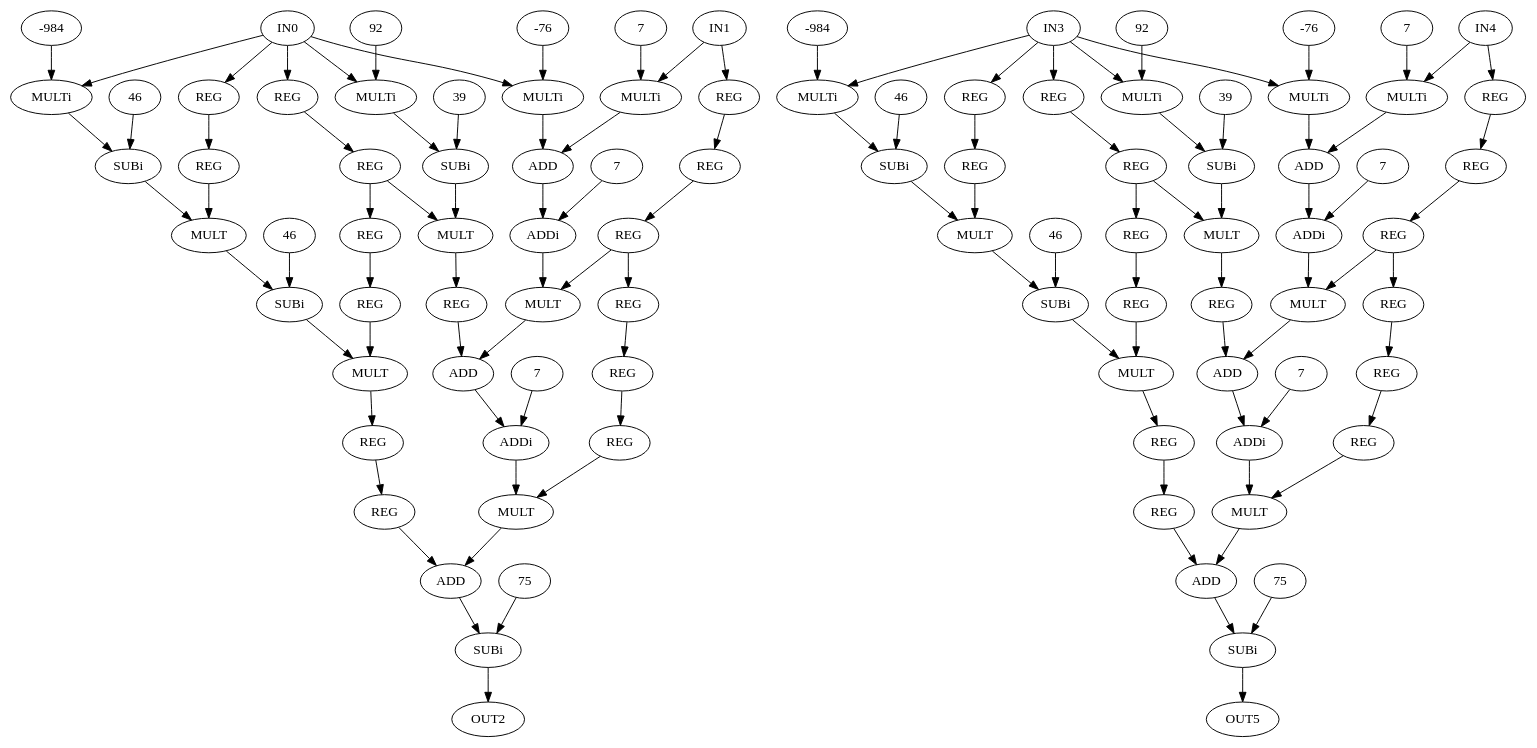
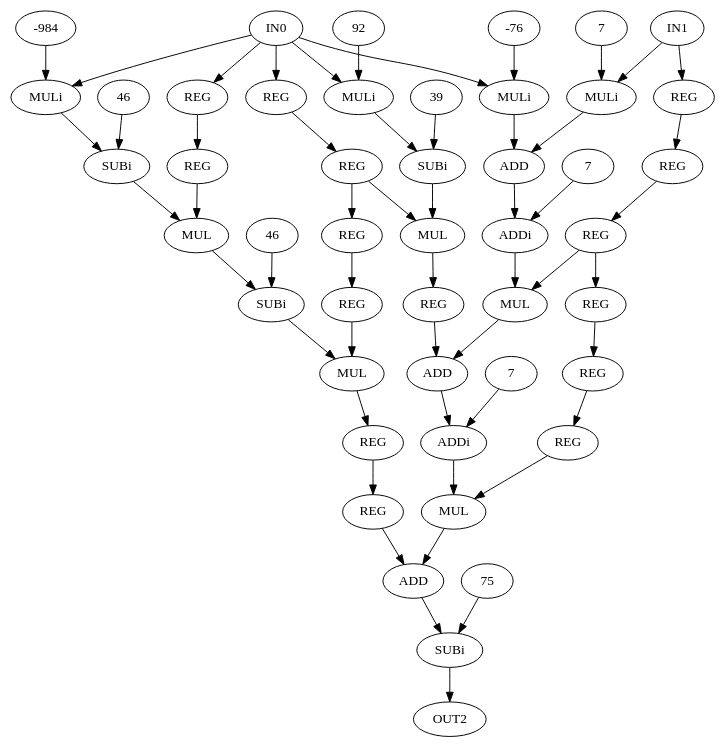
The diagram in fdam-samples/fdam-cgra-samples/cgra_128_radix8/sw/cpp/dot_dataflows/sgfilter.dot (lesc-ufv/fdam), drawn with Graphviz before and after one commit. The commit also changed 15 other files, not shown here.

```diff
--- a/fdam-samples/fdam-cgra-samples/cgra_128_radix8/sw/cpp/dot_dataflows/sgfilter.dot
+++ b/fdam-samples/fdam-cgra-samples/cgra_128_radix8/sw/cpp/dot_dataflows/sgfilter.dot
@@ -1,198 +1,100 @@
 digraph sgfilter{
  0 [ label = IN0 ]
  1 [ label = IN1 ]
  2 [ label = OUT2 ]
- 3 [ label = IN3 ]
- 4 [ label = IN4 ]
- 5 [ label = OUT5 ]
+ 3 [ label = REG]
+ 4 [ label = REG]
+ 5 [ label = REG]
  6 [ label = REG]
  7 [ label = REG]
  8 [ label = REG]
  9 [ label = REG]
  10 [ label = REG]
  11 [ label = REG]
  12 [ label = REG]
  13 [ label = REG]
  14 [ label = REG]
  15 [ label = REG]
  16 [ label = REG]
  17 [ label = REG]
- 18 [ label = REG]
- 19 [ label = REG]
- 20 [ label = REG]
- 21 [ label = MULTi, VALUE = 92]
- "21.92"[ label = 92 ]
- 22 [ label = MULTi, VALUE = -984]
- "22.-984"[ label = -984 ]
- 23 [ label = MULTi, VALUE = -76]
- "23.-76"[ label = -76 ]
- 24 [ label = MULTi, VALUE = 7]
- "24.7"[ label = 7 ]
- 25 [ label = SUBi, VALUE = 46]
- "25.46"[ label = 46 ]
- 26 [ label = SUBi, VALUE = 39]
- "26.39"[ label = 39 ]
- 27 [ label = ADD]
- 28 [ label = MULT]
- 29 [ label = MULT]
- 30 [ label = ADDi, VALUE = 7]
- "30.7"[ label = 7 ]
- 31 [ label = SUBi, VALUE = 46]
- "31.46"[ label = 46 ]
- 32 [ label = MULT]
- 33 [ label = MULT]
+ 18 [ label = MULi, VALUE = 92]
+ "18.92"[ label = 92 ]
+ 19 [ label = MULi, VALUE = -984]
+ "19.-984"[ label = -984 ]
+ 20 [ label = MULi, VALUE = -76]
+ "20.-76"[ label = -76 ]
+ 21 [ label = MULi, VALUE = 7]
+ "21.7"[ label = 7 ]
+ 22 [ label = SUBi, VALUE = 46]
+ "22.46"[ label = 46 ]
+ 23 [ label = SUBi, VALUE = 39]
+ "23.39"[ label = 39 ]
+ 24 [ label = ADD]
+ 25 [ label = MUL]
+ 26 [ label = MUL]
+ 27 [ label = ADDi, VALUE = 7]
+ "27.7"[ label = 7 ]
+ 28 [ label = SUBi, VALUE = 46]
+ "28.46"[ label = 46 ]
+ 29 [ label = MUL]
+ 30 [ label = MUL]
+ 31 [ label = ADD]
+ 32 [ label = ADDi, VALUE = 7]
+ "32.7"[ label = 7 ]
+ 33 [ label = MUL]
  34 [ label = ADD]
- 35 [ label = ADDi, VALUE = 7]
- "35.7"[ label = 7 ]
- 36 [ label = MULT]
- 37 [ label = ADD]
- 38 [ label = SUBi, VALUE = 75]
- "38.75"[ label = 75 ]
- 39 [ label = REG]
- 40 [ label = REG]
- 41 [ label = REG]
- 42 [ label = REG]
- 43 [ label = REG]
- 44 [ label = REG]
- 45 [ label = REG]
- 46 [ label = REG]
- 47 [ label = REG]
- 48 [ label = REG]
- 49 [ label = REG]
- 50 [ label = REG]
- 51 [ label = REG]
- 52 [ label = REG]
- 53 [ label = REG]
- 54 [ label = MULTi, VALUE = 92]
- "54.92"[ label = 92 ]
- 55 [ label = MULTi, VALUE = -984]
- "55.-984"[ label = -984 ]
- 56 [ label = MULTi, VALUE = -76]
- "56.-76"[ label = -76 ]
- 57 [ label = MULTi, VALUE = 7]
- "57.7"[ label = 7 ]
- 58 [ label = SUBi, VALUE = 46]
- "58.46"[ label = 46 ]
- 59 [ label = SUBi, VALUE = 39]
- "59.39"[ label = 39 ]
- 60 [ label = ADD]
- 61 [ label = MULT]
- 62 [ label = MULT]
- 63 [ label = ADDi, VALUE = 7]
- "63.7"[ label = 7 ]
- 64 [ label = SUBi, VALUE = 46]
- "64.46"[ label = 46 ]
- 65 [ label = MULT]
- 66 [ label = MULT]
- 67 [ label = ADD]
- 68 [ label = ADDi, VALUE = 7]
- "68.7"[ label = 7 ]
- 69 [ label = MULT]
- 70 [ label = ADD]
- 71 [ label = SUBi, VALUE = 75]
- "71.75"[ label = 75 ]
- 0 -> 21
- 0 -> 22
- 0 -> 23
- 0 -> 16
- 0 -> 6
- 1 -> 24
- 1 -> 10
- 3 -> 54
- 3 -> 55
- 3 -> 56
- 3 -> 49
- 3 -> 39
- 4 -> 57
- 4 -> 43
- 6 -> 7
+ 35 [ label = SUBi, VALUE = 75]
+ "35.75"[ label = 75 ]
+ 0 -> 18
+ 0 -> 19
+ 0 -> 20
+ 0 -> 13
+ 0 -> 3
+ 1 -> 21
+ 1 -> 7
+ 3 -> 4
+ 4 -> 5
+ 4 -> 26
+ 5 -> 6
+ 6 -> 30
  7 -> 8
- 7 -> 29
  8 -> 9
- 9 -> 33
+ 9 -> 10
+ 9 -> 29
  10 -> 11
  11 -> 12
- 12 -> 13
- 12 -> 32
+ 12 -> 33
  13 -> 14
- 14 -> 15
- 15 -> 36
+ 14 -> 25
+ 15 -> 31
  16 -> 17
- 17 -> 28
- 18 -> 34
- 19 -> 20
- 20 -> 37
- "21.92" -> 21
- 21 -> 26
- "22.-984" -> 22
+ 17 -> 34
+ "18.92" -> 18
+ 18 -> 23
+ "19.-984" -> 19
+ 19 -> 22
+ "20.-76" -> 20
+ 20 -> 24
+ "21.7" -> 21
+ 21 -> 24
+ "22.46" -> 22
  22 -> 25
- "23.-76" -> 23
- 23 -> 27
- "24.7" -> 24
+ "23.39" -> 23
+ 23 -> 26
  24 -> 27
- "25.46" -> 25
  25 -> 28
- "26.39" -> 26
- 26 -> 29
- 27 -> 30
- 28 -> 31
- 29 -> 18
- "30.7" -> 30
- 30 -> 32
- "31.46" -> 31
- 31 -> 33
- 32 -> 34
- 33 -> 19
+ 26 -> 15
+ "27.7" -> 27
+ 27 -> 29
+ "28.46" -> 28
+ 28 -> 30
+ 29 -> 31
+ 30 -> 16
+ 31 -> 32
+ "32.7" -> 32
+ 32 -> 33
+ 33 -> 34
  34 -> 35
- "35.7" -> 35
- 35 -> 36
- 36 -> 37
- 37 -> 38
- "38.75" -> 38
- 38 -> 2
- 39 -> 40
- 40 -> 41
- 40 -> 62
- 41 -> 42
- 42 -> 66
- 43 -> 44
- 44 -> 45
- 45 -> 46
- 45 -> 65
- 46 -> 47
- 47 -> 48
- 48 -> 69
- 49 -> 50
- 50 -> 61
- 51 -> 67
- 52 -> 53
- 53 -> 70
- "54.92" -> 54
- 54 -> 59
- "55.-984" -> 55
- 55 -> 58
- "56.-76" -> 56
- 56 -> 60
- "57.7" -> 57
- 57 -> 60
- "58.46" -> 58
- 58 -> 61
- "59.39" -> 59
- 59 -> 62
- 60 -> 63
- 61 -> 64
- 62 -> 51
- "63.7" -> 63
- 63 -> 65
- "64.46" -> 64
- 64 -> 66
- 65 -> 67
- 66 -> 52
- 67 -> 68
- "68.7" -> 68
- 68 -> 69
- 69 -> 70
- 70 -> 71
- "71.75" -> 71
- 71 -> 5
+ "35.75" -> 35
+ 35 -> 2
 }
```
